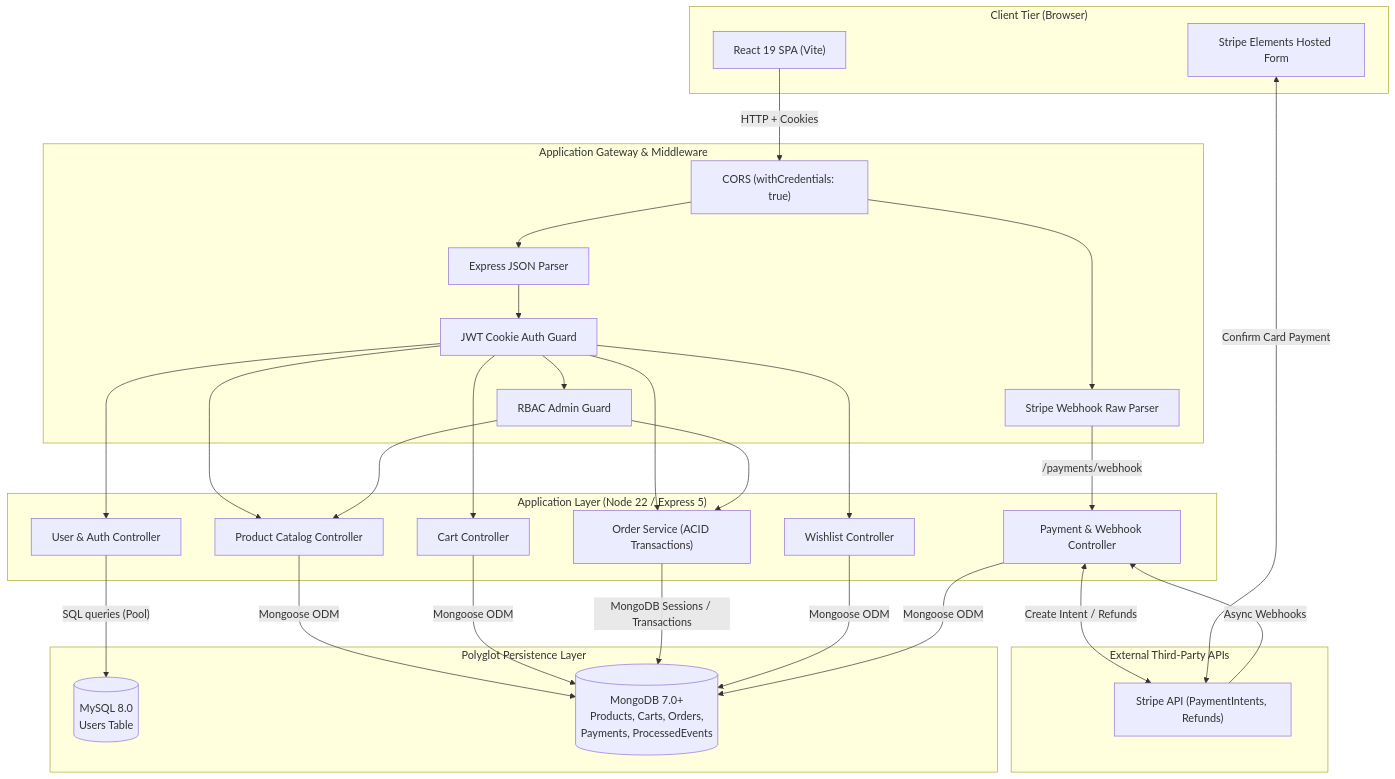
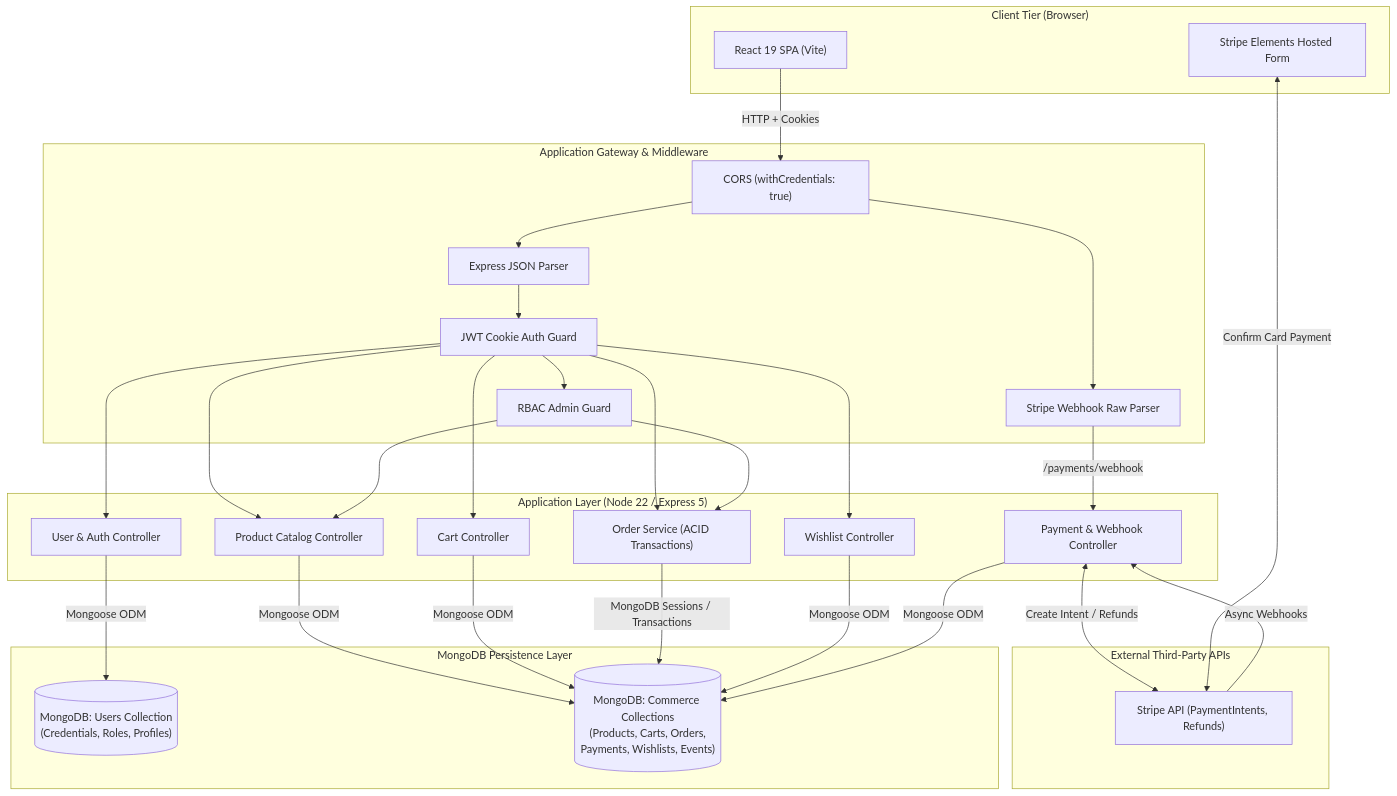
One commit to Akash0086/E_Commerce changed the first of 5 diagrams in README.md. Above: the diagram before and after it, drawn with Mermaid. The commit also changed other lines of this file, not shown here.

````diff
--- a/README.md
+++ b/README.md
@@ -116,58 +111,58 @@
 ```mermaid
 graph TB
     subgraph Client ["Client Tier (Browser)"]
         UI["React 19 SPA (Vite)"]
         StripeElem["Stripe Elements Hosted Form"]
     end
 
     subgraph Gateway ["Application Gateway & Middleware"]
         CORS["CORS (withCredentials: true)"]
         RawBody["Stripe Webhook Raw Parser"]
         JSONBody["Express JSON Parser"]
         AuthMid["JWT Cookie Auth Guard"]
         AdminMid["RBAC Admin Guard"]
     end
 
     subgraph Services ["Application Layer (Node 22 / Express 5)"]
         UserCtrl["User & Auth Controller"]
         ProdCtrl["Product Catalog Controller"]
         CartCtrl["Cart Controller"]
         OrderSvc["Order Service (ACID Transactions)"]
         PayCtrl["Payment & Webhook Controller"]
         WishCtrl["Wishlist Controller"]
     end
 
-    subgraph DataTier ["Polyglot Persistence Layer"]
-        MySQL[("MySQL 8.0<br/>Users Table")]
-        MongoDB[("MongoDB 7.0+<br/>Products, Carts, Orders,<br/>Payments, ProcessedEvents")]
+    subgraph DataTier ["MongoDB Persistence Layer"]
+        UserCol[("MongoDB: Users Collection<br/>(Credentials, Roles, Profiles)")]
+        CommerceCol[("MongoDB: Commerce Collections<br/>(Products, Carts, Orders,<br/>Payments, Wishlists, Events)")]
     end
 
     subgraph External ["External Third-Party APIs"]
         StripeAPI["Stripe API (PaymentIntents, Refunds)"]
     end
 
     UI -->|"HTTP + Cookies"| CORS
     CORS --> RawBody
     CORS --> JSONBody
     RawBody -->|"/payments/webhook"| PayCtrl
     JSONBody --> AuthMid
     AuthMid --> AdminMid
     AuthMid --> UserCtrl
     AuthMid --> ProdCtrl
     AuthMid --> CartCtrl
     AuthMid --> OrderSvc
     AuthMid --> WishCtrl
     AdminMid --> ProdCtrl
     AdminMid --> OrderSvc
 
-    UserCtrl -->|"SQL queries (Pool)"| MySQL
-    ProdCtrl -->|"Mongoose ODM"| MongoDB
-    CartCtrl -->|"Mongoose ODM"| MongoDB
-    OrderSvc -->|"MongoDB Sessions / Transactions"| MongoDB
-    WishCtrl -->|"Mongoose ODM"| MongoDB
-    PayCtrl -->|"Mongoose ODM"| MongoDB
+    UserCtrl -->|"Mongoose ODM"| UserCol
+    ProdCtrl -->|"Mongoose ODM"| CommerceCol
+    CartCtrl -->|"Mongoose ODM"| CommerceCol
+    OrderSvc -->|"MongoDB Sessions / Transactions"| CommerceCol
+    WishCtrl -->|"Mongoose ODM"| CommerceCol
+    PayCtrl -->|"Mongoose ODM"| CommerceCol
 
     PayCtrl <-->|"Create Intent / Refunds"| StripeAPI
     StripeAPI -->|"Async Webhooks"| PayCtrl
     StripeElem <-->|"Confirm Card Payment"| StripeAPI
 ```
````
